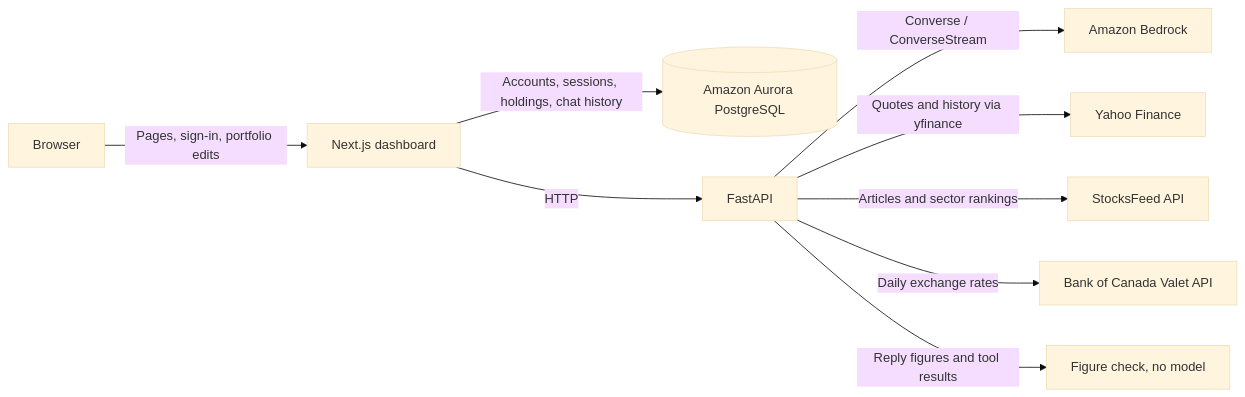
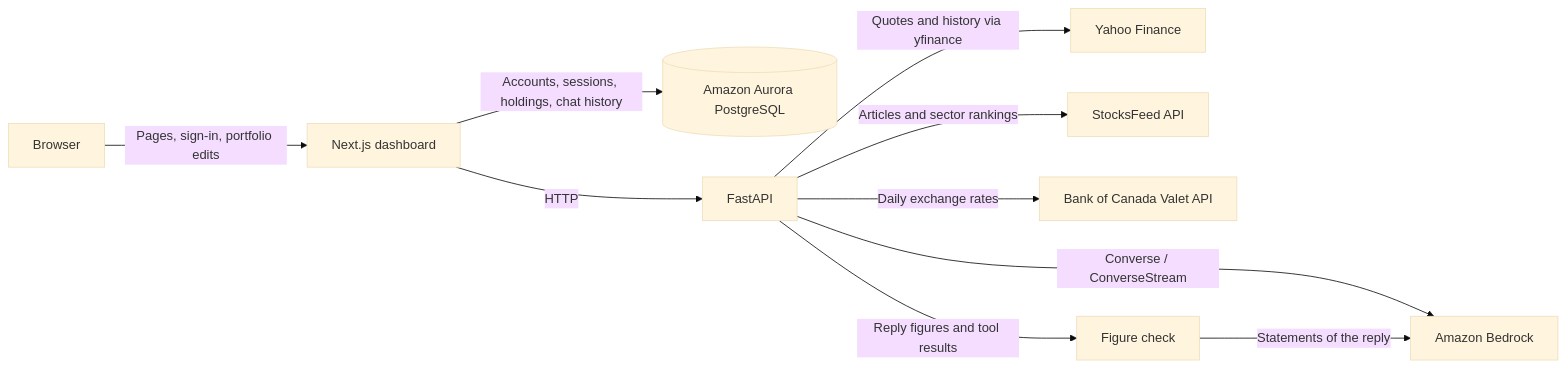
One commit to tarteeg/datathon-polyfinance changed the diagram in ARCHITECTURE.md. Above: the diagram before and after it, drawn with Mermaid (base theme). The commit also changed other lines of this file and 10 other files, not shown here.

Commit message:
feat: review reply statements with Bedrock as the second stage of the verifier

````diff
--- a/ARCHITECTURE.md
+++ b/ARCHITECTURE.md
@@ -5,11 +5,12 @@
 ```mermaid
 flowchart LR
     Browser -->|Pages, sign-in, portfolio edits| Next["Next.js dashboard"]
     Next -->|Accounts, sessions, holdings, chat history| DB[("Amazon Aurora PostgreSQL")]
     API -->|Converse / ConverseStream| Bedrock["Amazon Bedrock"]
     Next -->|HTTP| API["FastAPI"]
     API -->|Quotes and history via yfinance| Yahoo["Yahoo Finance"]
     API -->|Articles and sector rankings| Feed["StocksFeed API"]
     API -->|Daily exchange rates| BoC["Bank of Canada Valet API"]
-    API -->|Reply figures and tool results| Check["Figure check, no model"]
+    API -->|Reply figures and tool results| Check["Figure check"]
+    Check -->|Statements of the reply| Bedrock
 ```
````
